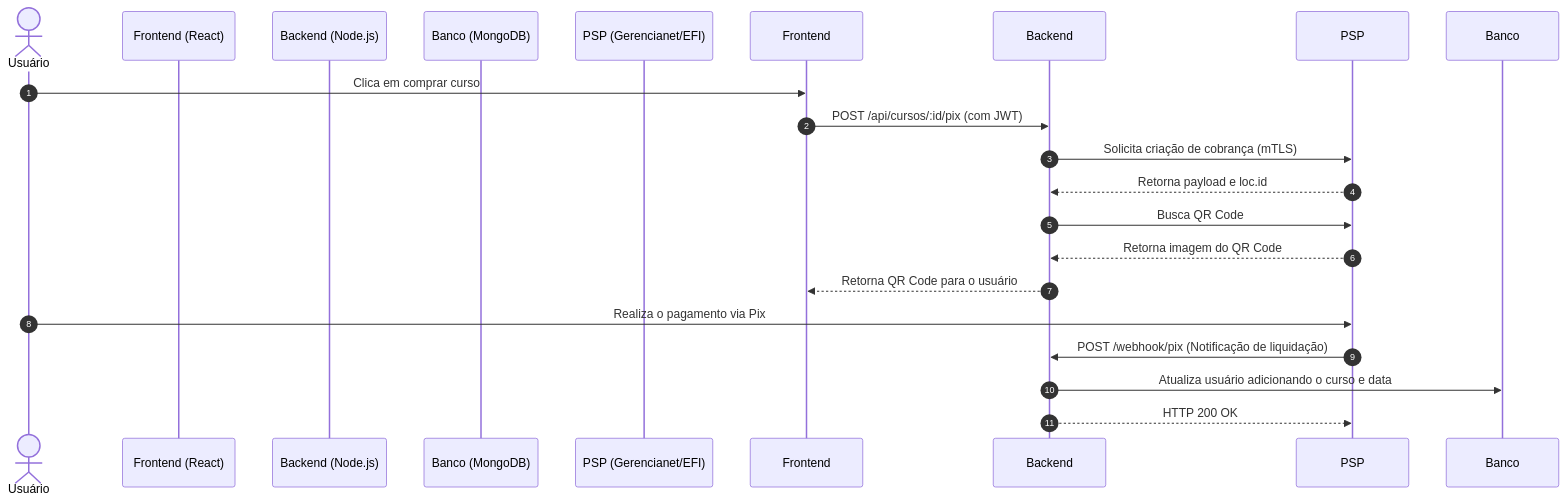
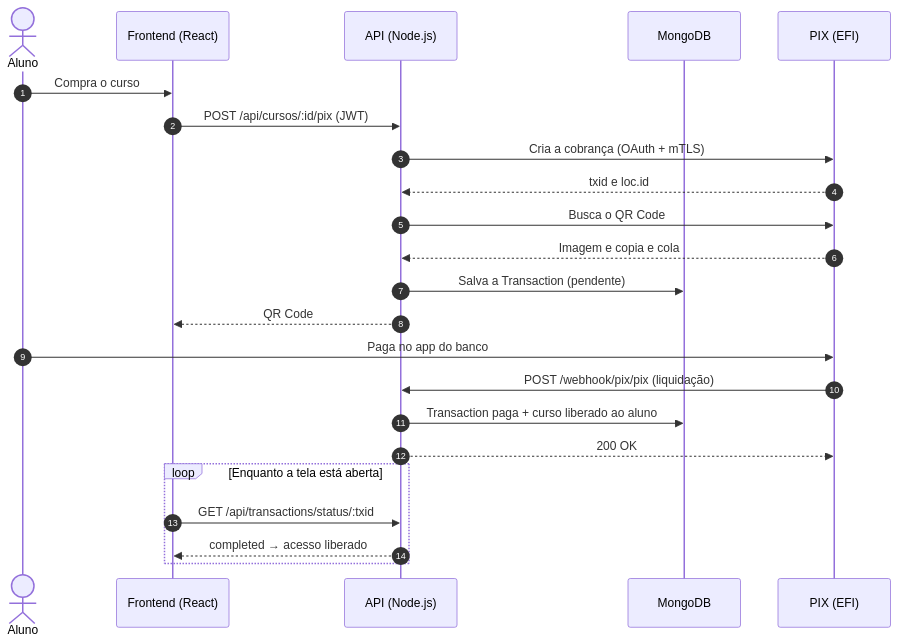
The second of 2 diagrams in README.md (araujogbs/lessionato-edtech-platform), drawn with Mermaid before and after one commit. The commit also changed other lines of this file, not shown here.

Commit message:
Reescreve o estudo de caso: arquitetura, fluxo PIX completo, prova final, cupons, tokens de renovação e tabela de rotas

````diff
--- a/README.md
+++ b/README.md
@@ -48,21 +98,26 @@
 ```mermaid
 sequenceDiagram
     autonumber
-    actor Usuário
-    participant Frontend (React)
-    participant Backend (Node.js)
-    participant Banco (MongoDB)
-    participant PSP (Gerencianet/EFI)
+    actor Aluno
+    participant F as Frontend (React)
+    participant B as API (Node.js)
+    participant DB as MongoDB
+    participant PSP as PIX (EFI)
 
-    Usuário->>Frontend: Clica em comprar curso
-    Frontend->>Backend: POST /api/cursos/:id/pix (com JWT)
-    Backend->>PSP: Solicita criação de cobrança (mTLS)
-    PSP-->>Backend: Retorna payload e loc.id
-    Backend->>PSP: Busca QR Code
-    PSP-->>Backend: Retorna imagem do QR Code
-    Backend-->>Frontend: Retorna QR Code para o usuário
-    Usuário->>PSP: Realiza o pagamento via Pix
-    PSP->>Backend: POST /webhook/pix (Notificação de liquidação)
-    Backend->>Banco: Atualiza usuário adicionando o curso e data
-    Backend-->>PSP: HTTP 200 OK
+    Aluno->>F: Compra o curso
+    F->>B: POST /api/cursos/:id/pix (JWT)
+    B->>PSP: Cria a cobrança (OAuth + mTLS)
+    PSP-->>B: txid e loc.id
+    B->>PSP: Busca o QR Code
+    PSP-->>B: Imagem e copia e cola
+    B->>DB: Salva a Transaction (pendente)
+    B-->>F: QR Code
+    Aluno->>PSP: Paga no app do banco
+    PSP->>B: POST /webhook/pix/pix (liquidação)
+    B->>DB: Transaction paga + curso liberado ao aluno
+    B-->>PSP: 200 OK
+    loop Enquanto a tela está aberta
+        F->>B: GET /api/transactions/status/:txid
+        B-->>F: completed → acesso liberado
+    end
 ```
````
